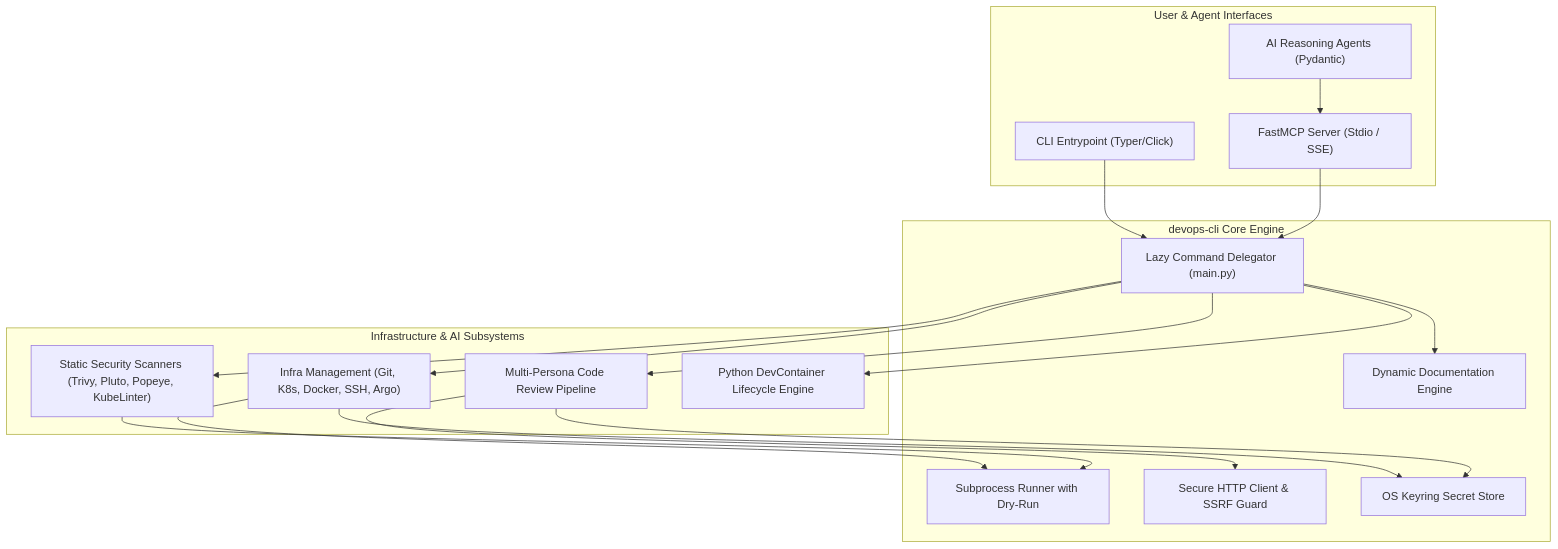
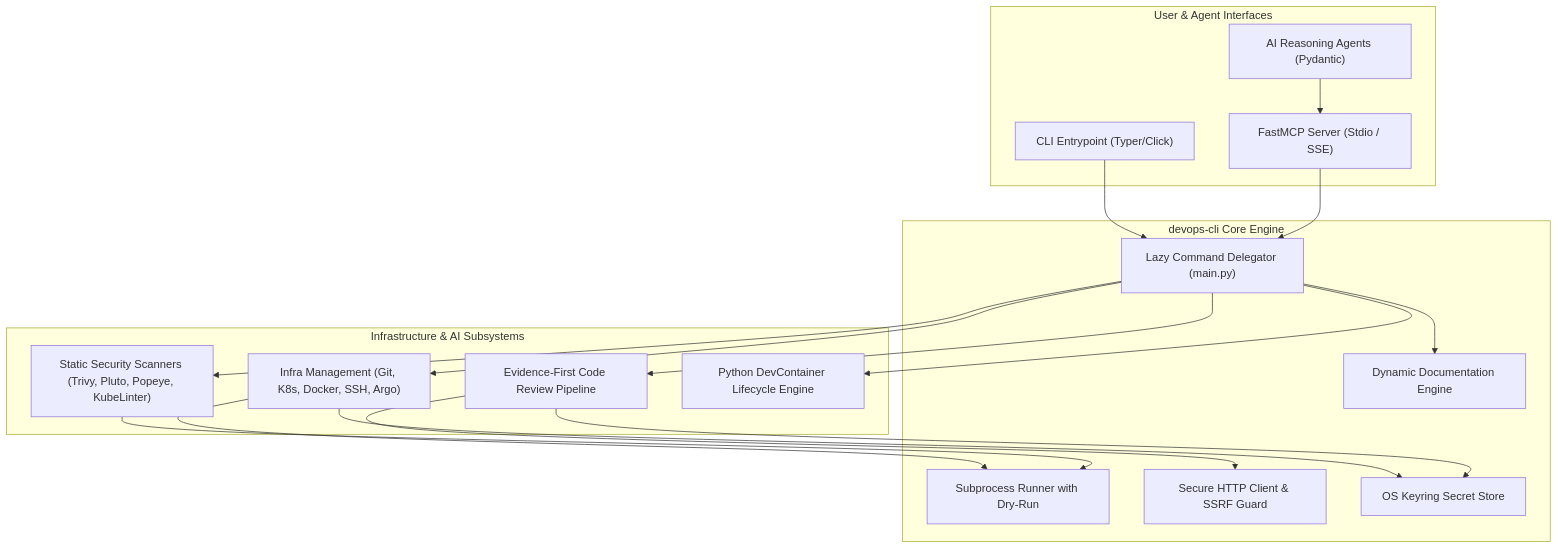
The first of 4 diagrams in ARCHITECTURE.md (dan-petty/devops-cli), drawn with Mermaid before and after one commit. The commit also changed other lines of this file and 34 other files, not shown here.

First line of the commit message:
refactor(ai): delete devops ai pipeline and persona leftovers (#5044)

````diff
--- a/ARCHITECTURE.md
+++ b/ARCHITECTURE.md
@@ -11,39 +11,39 @@
 ```mermaid
 flowchart TD
     subgraph UserInterface["User & Agent Interfaces"]
         CLI["CLI Entrypoint (Typer/Click)"]
         MCP["FastMCP Server (Stdio / SSE)"]
         AI_AGENT["AI Reasoning Agents (Pydantic)"]
     end
 
     subgraph CoreEngine["devops-cli Core Engine"]
         MAIN["Lazy Command Delegator (main.py)"]
         PROCESS["Subprocess Runner with Dry-Run"]
         HTTP_SEC["Secure HTTP Client & SSRF Guard"]
         KEYRING["OS Keyring Secret Store"]
         DOCS_GEN["Dynamic Documentation Engine"]
     end
 
     subgraph Subsystems["Infrastructure & AI Subsystems"]
         SUB_INFRA["Infra Management (Git, K8s, Docker, SSH, Argo)"]
         SUB_SECOPS["Static Security Scanners (Trivy, Pluto, Popeye, KubeLinter)"]
-        SUB_AI_REV["Multi-Persona Code Review Pipeline"]
+        SUB_AI_REV["Evidence-First Code Review Pipeline"]
         SUB_DEVCONTAINER["Python DevContainer Lifecycle Engine"]
     end
 
     CLI --> MAIN
     MCP --> MAIN
     AI_AGENT --> MCP
 
     MAIN --> SUB_INFRA
     MAIN --> SUB_SECOPS
     MAIN --> SUB_AI_REV
     MAIN --> SUB_DEVCONTAINER
 
     SUB_AI_REV --> HTTP_SEC
     SUB_INFRA --> PROCESS
     SUB_SECOPS --> PROCESS
     SUB_INFRA --> KEYRING
     SUB_AI_REV --> KEYRING
     MAIN --> DOCS_GEN
 ```
````
